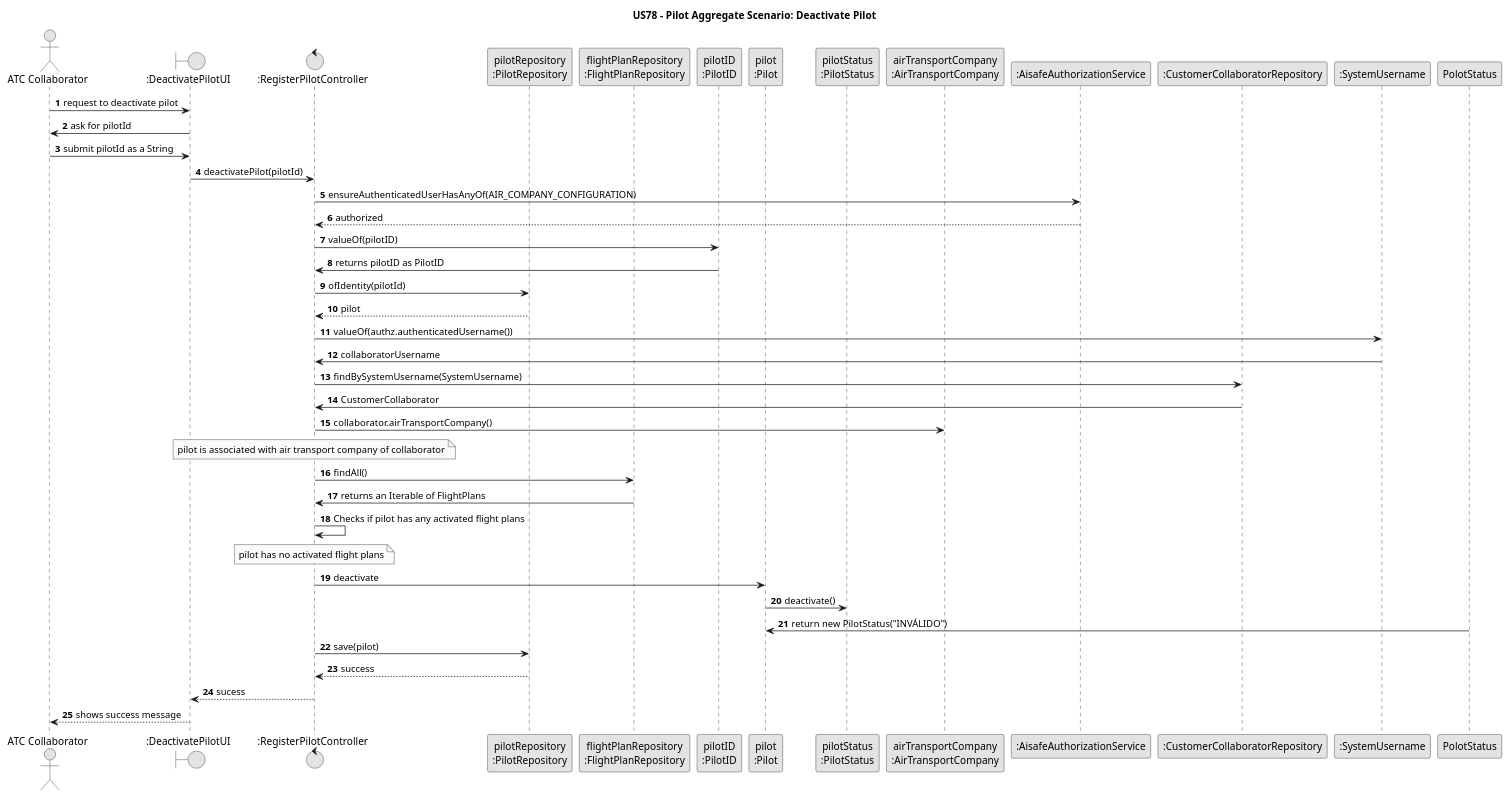
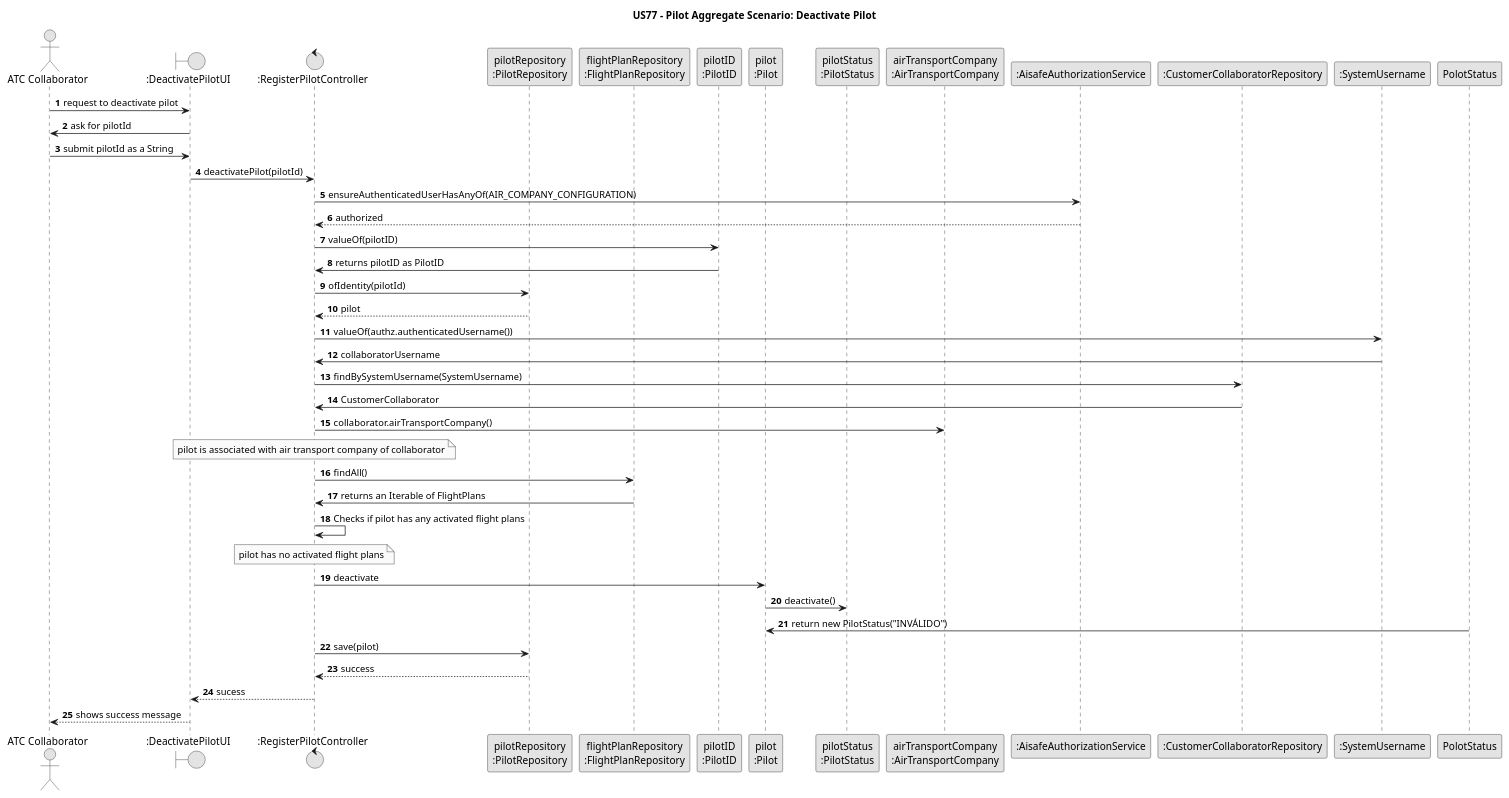
Before and after one commit to GustavoFerreira24/flight-management-platform: the diagram in docs/global-artifacts/03.design/puml/US077DeactivatePilot-SD.puml, drawn with PlantUML. The commit also changed 3 other files, not shown here.

Commit message:
US077 (Docs): Add sequence diagram and update class diagram for pilot deactivation process [#242]

```diff
--- a/docs/global-artifacts/03.design/puml/US077DeactivatePilot-SD.puml
+++ b/docs/global-artifacts/03.design/puml/US077DeactivatePilot-SD.puml
@@ -1,64 +1,64 @@
 @startuml
-title US78 - Pilot Aggregate Scenario: Deactivate Pilot
+title US77 - Pilot Aggregate Scenario: Deactivate Pilot
 
 skinparam monochrome true
 skinparam packageStyle rectangle
 skinparam shadowing false
 
 autonumber
 
 actor "ATC Collaborator" as ATC
 boundary ":DeactivatePilotUI" as UI
 control ":RegisterPilotController" as C
 participant "pilotRepository\n:PilotRepository" as PilotRepo
 participant "flightPlanRepository\n:FlightPlanRepository" as FlightPlanRepo
 participant "pilotID\n:PilotID" as PilotID
 participant "pilot\n:Pilot" as Pilot
 participant "pilotStatus\n:PilotStatus" as PilotStatus
 participant "airTransportCompany\n:AirTransportCompany" as Air
 participant ":AisafeAuthorizationService" as authz
 participant ":CustomerCollaboratorRepository" as CCRepo
 participant ":SystemUsername" as SU
 
 ATC -> UI : request to deactivate pilot
 UI -> ATC : ask for pilotId
 
 ATC -> UI : submit pilotId as a String
 UI -> C : deactivatePilot(pilotId)
 
 C -> authz : ensureAuthenticatedUserHasAnyOf(AIR_COMPANY_CONFIGURATION)
 authz --> C : authorized
 
 C -> PilotID : valueOf(pilotID)
 PilotID -> C : returns pilotID as PilotID
 
 C -> PilotRepo : ofIdentity(pilotId)
 PilotRepo --> C : pilot
 
 C -> SU : valueOf(authz.authenticatedUsername())
 SU -> C : collaboratorUsername
 
 C -> CCRepo : findBySystemUsername(SystemUsername)
 CCRepo -> C : CustomerCollaborator
 
 C -> Air : collaborator.airTransportCompany()
 note over C : pilot is associated with air transport company of collaborator
 
 C -> FlightPlanRepo : findAll()
 FlightPlanRepo -> C : returns an Iterable of FlightPlans
 
 C -> C : Checks if pilot has any activated flight plans
 note over C : pilot has no activated flight plans
 
 C -> Pilot : deactivate
 Pilot -> PilotStatus : deactivate()
 PolotStatus -> Pilot : return new PilotStatus("INVÁLIDO")
 
 
 C -> PilotRepo : save(pilot)
 PilotRepo --> C : success
 
 C --> UI : sucess
 UI --> ATC : shows success message
 
 @enduml
```
